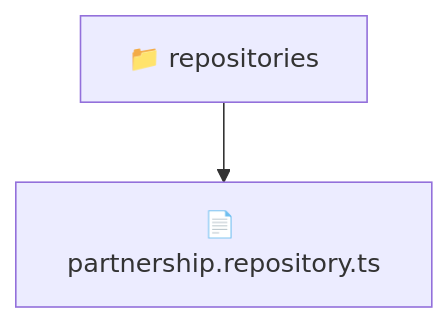
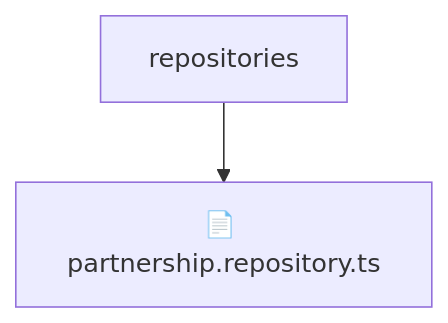
The diagram in backend/src/modules/partnership/infrastructure/repositories/README.md (beginwebdev2002/fullstack-mavluda), drawn with Mermaid before and after one commit. The commit also changed other lines of this file and 155 other files, not shown here.

````diff
--- a/backend/src/modules/partnership/infrastructure/repositories/README.md
+++ b/backend/src/modules/partnership/infrastructure/repositories/README.md
@@ -10,5 +14,5 @@
 ```mermaid
 graph TD
-  Root["📁 repositories"]
-  Root --> partnershiprepositoryts["📄 partnership.repository.ts"]
+    Root[repositories]
+    Root --> F0[📄 partnership.repository.ts]
 ```
````
